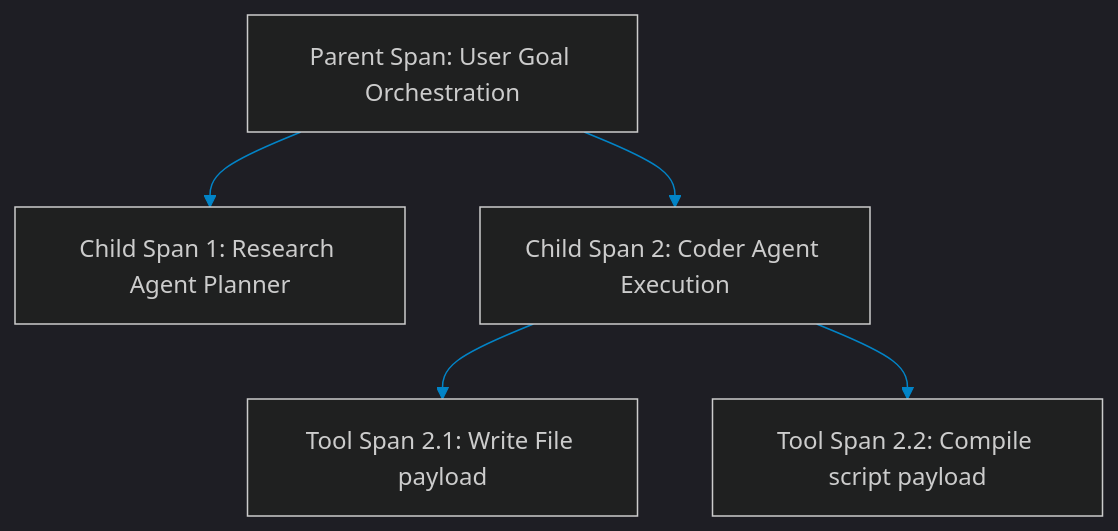
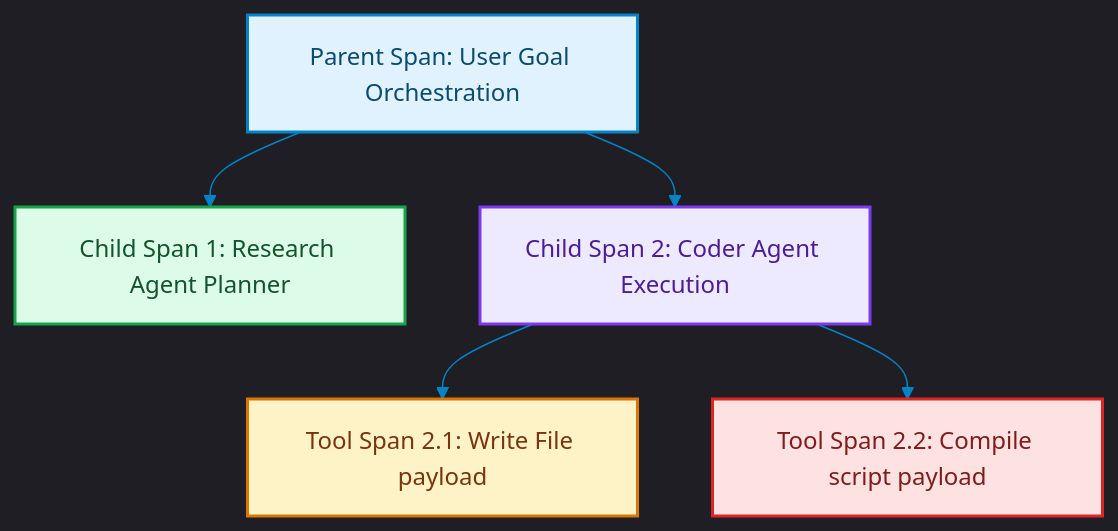
Before and after one commit to akmalkhaniub/akmalkhaniub.github.io: the diagram in blog/posts/telemetry-structured-tracing-agent-spans.md, drawn with Mermaid. The commit also changed other lines of this file and 1291 other files, not shown here.

First line of the commit message:
feat(catalog): unique covers, scholarly references, and diagram palettes

````diff
--- a/blog/posts/telemetry-structured-tracing-agent-spans.md
+++ b/blog/posts/telemetry-structured-tracing-agent-spans.md
@@ -16,9 +16,20 @@
 ```mermaid
 %%{init: {'theme': 'dark', 'themeVariables': { 'primaryColor': '#0284c7', 'primaryTextColor': '#f3f4f6', 'primaryBorderColor': '#38bdf8', 'lineColor': '#0284c7', 'secondaryColor': '#111827', 'tertiaryColor': '#0b0f19'}}}%%
 flowchart TD
-    ParentSpan[Parent Span: User Goal Orchestration] --> ChildSpan1[Child Span 1: Research Agent Planner]
-    ParentSpan --> ChildSpan2[Child Span 2: Coder Agent Execution]
+    ParentSpan["Parent Span: User Goal Orchestration"] --> ChildSpan1["Child Span 1: Research Agent Planner"]
+    ParentSpan --> ChildSpan2["Child Span 2: Coder Agent Execution"]
     
-    ChildSpan2 --> ToolSpan1[Tool Span 2.1: Write File payload]
-    ChildSpan2 --> ToolSpan2[Tool Span 2.2: Compile script payload]
+    ChildSpan2 --> ToolSpan1["Tool Span 2.1: Write File payload"]
+    ChildSpan2 --> ToolSpan2["Tool Span 2.2: Compile script payload"]
+
+classDef green fill:#dcfce7,stroke:#16a34a,stroke-width:2px,color:#14532d;
+classDef red fill:#fee2e2,stroke:#dc2626,stroke-width:2px,color:#7f1d1d;
+classDef blue fill:#e0f2fe,stroke:#0284c7,stroke-width:2px,color:#0c4a6e;
+classDef yellow fill:#fef3c7,stroke:#d97706,stroke-width:2px,color:#78350f;
+classDef purple fill:#ede9fe,stroke:#7c3aed,stroke-width:2px,color:#4c1d95;
+class ParentSpan blue
+class ChildSpan1 green
+class ChildSpan2 purple
+class ToolSpan1 yellow
+class ToolSpan2 red
 ```
````
